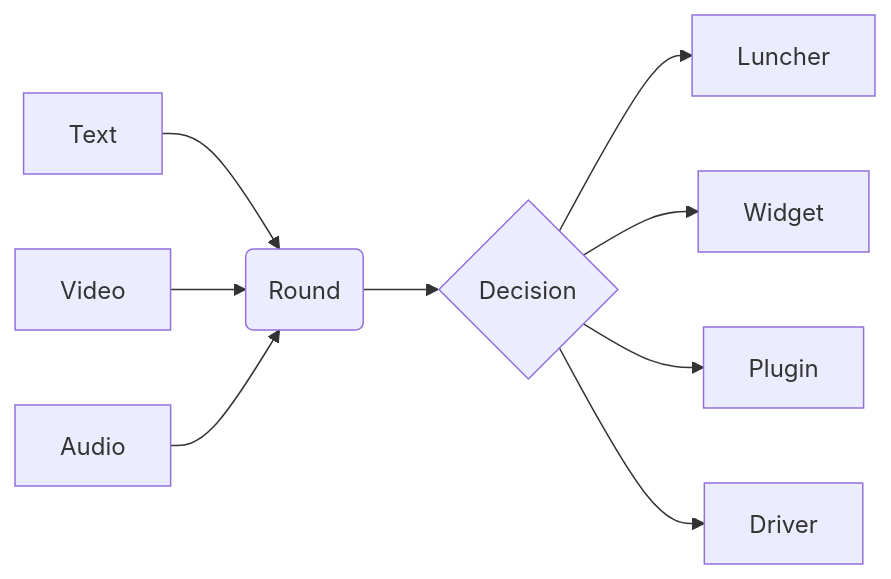
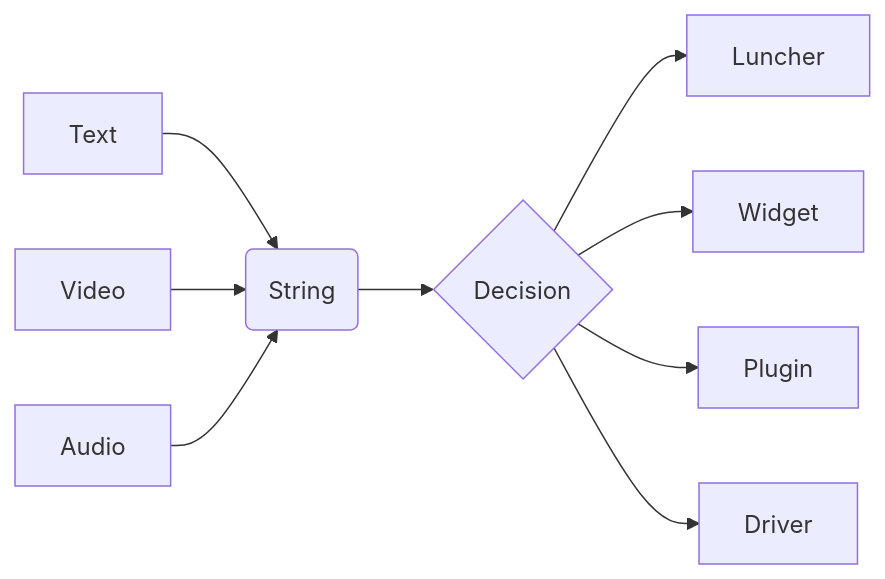
One commit to sh-navid/NExT changed the diagram in README.md. Above: the diagram before and after it, drawn with Mermaid.

````diff
--- a/README.md
+++ b/README.md
@@ -7,13 +7,13 @@
 ```mermaid
 flowchart LR
 
-A1[Text]  -->| | B(Round)
-A2[Video] -->| | B(Round)
-A3[Audio] -->| | B(Round)
+A1[Text]  -->| | B(String)
+A2[Video] -->| | B(String)
+A3[Audio] -->| | B(String)
 
 B --> C{Decision}
 C -->| | D1[Luncher]
 C -->| | D2[Widget]
 C -->| | D3[Plugin]
 C -->| | D4[Driver]
 ```
````
